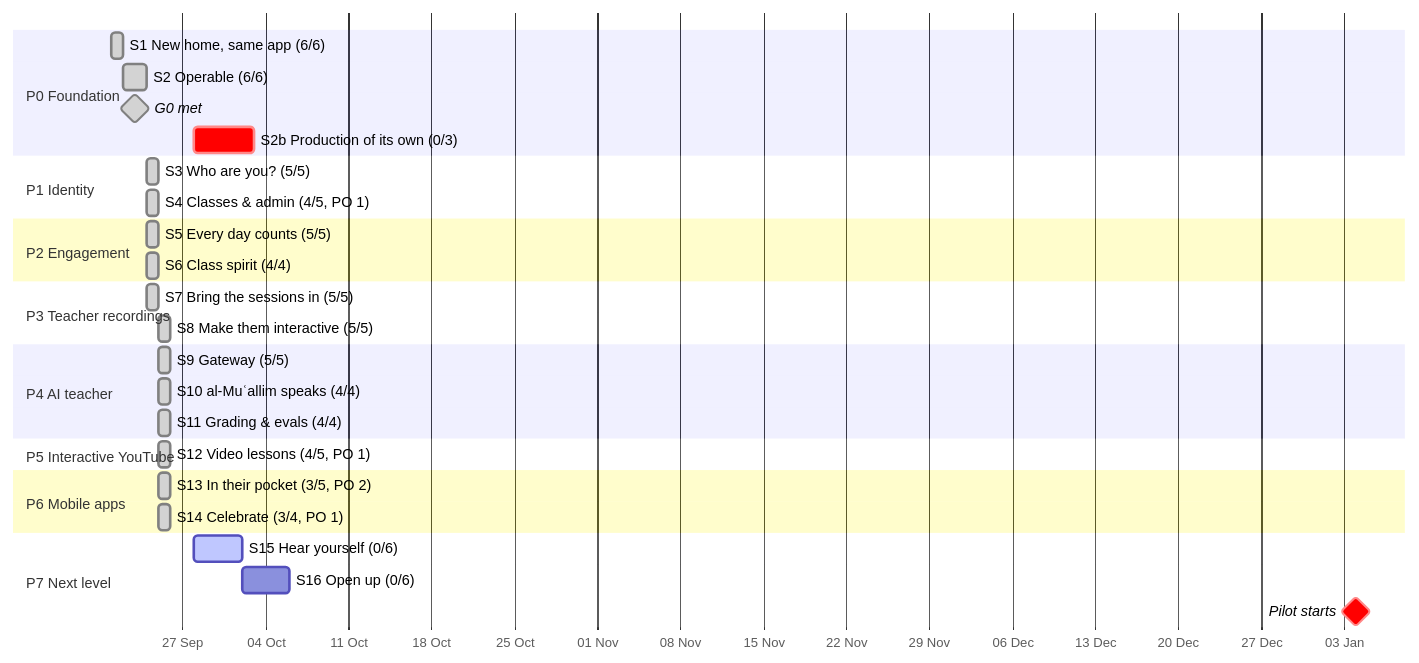
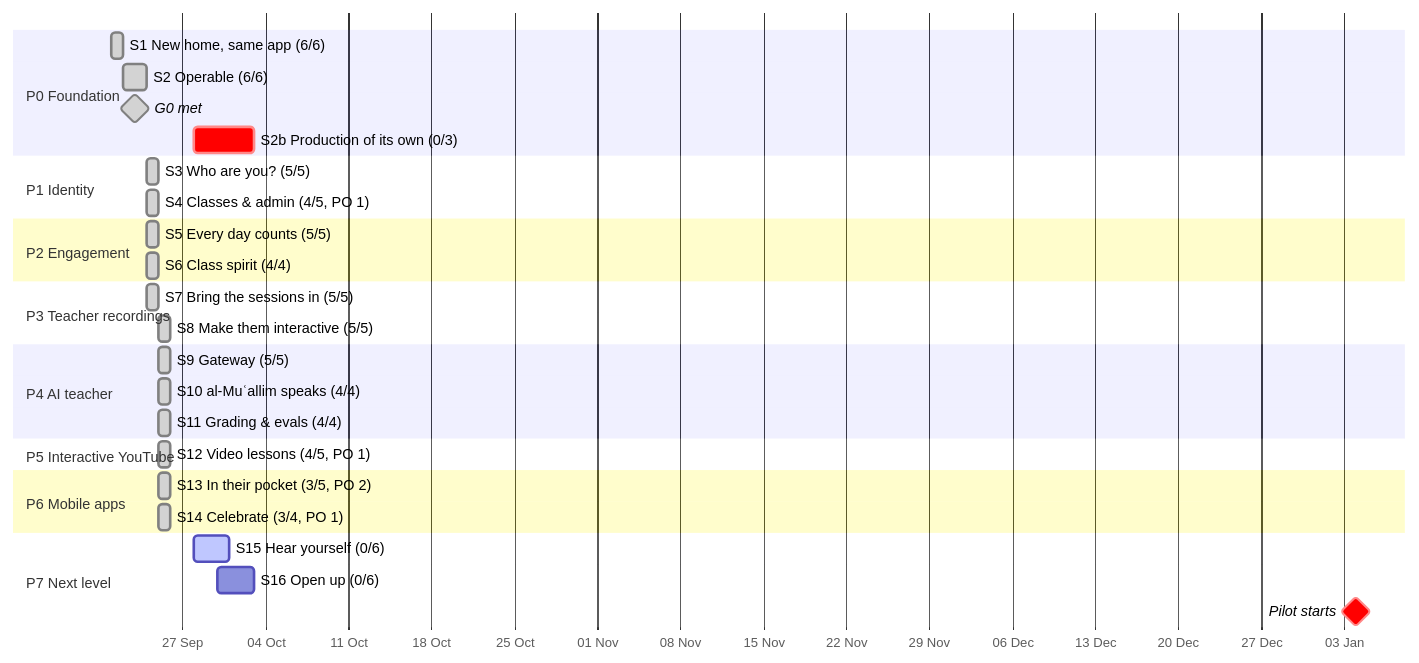
Before and after one commit to Sira-Labs/Suffa: the first of 2 diagrams in docs/plan/sprint-plan.md, drawn with Mermaid. The commit also changed 1 other file, not shown here.

Commit message:
docs(plan): S15 Mon–Wed and S16 Wed–Fri in the gantt charts
Claude-Session: https://claude.ai/code/session_01JfRjLk3edhiUsWubUZJdLs

````diff
--- a/docs/plan/sprint-plan.md
+++ b/docs/plan/sprint-plan.md
@@ -24,33 +24,33 @@
 ```mermaid
 gantt
   dateFormat YYYY-MM-DD
   axisFormat %d %b
   todayMarker on
   section P0 Foundation
   S1 New home, same app (6/6)        :done, s1, 2026-09-21, 1d
   S2 Operable (6/6)                  :done, s2, after s1, 2d
   G0 met                             :milestone, done, g0, 2026-09-23, 0d
   S2b Production of its own (0/3)    :crit, s2b, 2026-09-28, 5d
   section P1 Identity
   S3 Who are you? (5/5)              :done, s3, 2026-09-24, 1d
   S4 Classes & admin (4/5, PO 1)     :done, s4, 2026-09-24, 1d
   section P2 Engagement
   S5 Every day counts (5/5)          :done, s5, 2026-09-24, 1d
   S6 Class spirit (4/4)              :done, s6, 2026-09-24, 1d
   section P3 Teacher recordings
   S7 Bring the sessions in (5/5)     :done, s7, 2026-09-24, 1d
   S8 Make them interactive (5/5)     :done, s8, 2026-09-25, 1d
   section P4 AI teacher
   S9 Gateway (5/5)                   :done, s9, 2026-09-25, 1d
   S10 al-Muʿallim speaks (4/4)       :done, s10, 2026-09-25, 1d
   S11 Grading & evals (4/4)          :done, s11, 2026-09-25, 1d
   section P5 Interactive YouTube
   S12 Video lessons (4/5, PO 1)      :done, s12, 2026-09-25, 1d
   section P6 Mobile apps
   S13 In their pocket (3/5, PO 2)    :done, s13, 2026-09-25, 1d
   S14 Celebrate (3/4, PO 1)          :done, s14, 2026-09-25, 1d
   section P7 Next level
-  S15 Hear yourself (0/6)            :active, s15, 2026-09-28, 4d
-  S16 Open up (0/6)                  :s16, after s15, 4d
+  S15 Hear yourself (0/6)            :active, s15, 2026-09-28, 3d
+  S16 Open up (0/6)                  :s16, 2026-09-30, 3d
   Pilot starts                       :milestone, crit, pilot, 2027-01-04, 0d
 ```
````
